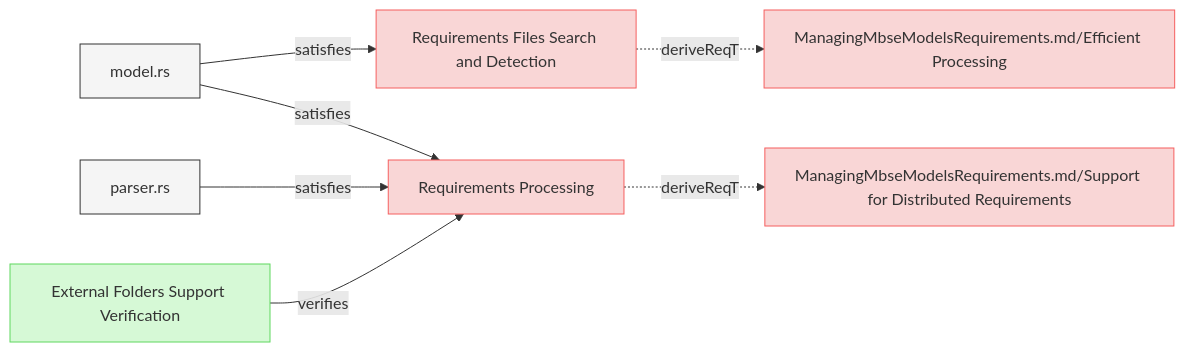
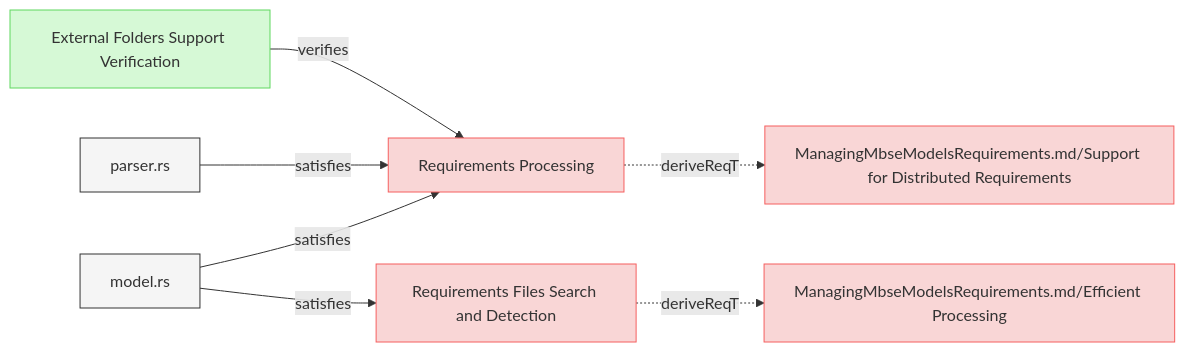
Before and after one commit to reqvire-org/reqvire: the fourth of 8 diagrams in specifications/SystemRequirements/Requirements.md, drawn with Mermaid. The commit also changed other lines of this file and 8 other files, not shown here.

Commit message:
DIagrams Update.

````diff
--- a/specifications/SystemRequirements/Requirements.md
+++ b/specifications/SystemRequirements/Requirements.md
@@ -499,36 +499,36 @@
 ```mermaid
 graph LR;
   %% Graph styling
   classDef requirement fill:#f9d6d6,stroke:#f55f5f,stroke-width:1px;
   classDef verification fill:#d6f9d6,stroke:#5fd75f,stroke-width:1px;
   classDef externalLink fill:#d0e0ff,stroke:#3080ff,stroke-width:1px;
   classDef default fill:#f5f5f5,stroke:#333333,stroke-width:1px;
 
-  2737f2d770["Requirements Files Search and Detection"];
-  click 2737f2d770 "Requirements.md#requirements-files-search-and-detection";
-  class 2737f2d770 requirement;
-  21e4eb87cb["ManagingMbseModelsRequirements.md/Efficient Processing"];
-  class 21e4eb87cb requirement;
-  click 21e4eb87cb "../ManagingMbseModelsRequirements.md#efficient-processing";
-  2737f2d770 -.->|deriveReqT| 21e4eb87cb;
-  6136c216c9["model.rs"];
-  class 6136c216c9 default;
-  click 6136c216c9 "../../core/src/model.rs";
-  6136c216c9 -->|satisfies| 2737f2d770;
   99bed90a0d["Requirements Processing"];
   click 99bed90a0d "Requirements.md#requirements-processing";
   class 99bed90a0d requirement;
   e7286123b1["ManagingMbseModelsRequirements.md/Support for Distributed Requirements"];
   class e7286123b1 requirement;
   click e7286123b1 "../ManagingMbseModelsRequirements.md#support-for-distributed-requirements";
   99bed90a0d -.->|deriveReqT| e7286123b1;
+  6136c216c9["model.rs"];
+  class 6136c216c9 default;
+  click 6136c216c9 "../../core/src/model.rs";
   6136c216c9 -->|satisfies| 99bed90a0d;
   3b1e87396c["parser.rs"];
   class 3b1e87396c default;
   click 3b1e87396c "../../core/src/parser.rs";
   3b1e87396c -->|satisfies| 99bed90a0d;
   97e9fdec98["External Folders Support Verification"];
   class 97e9fdec98 verification;
   click 97e9fdec98 "../Verifications/LintingTests.md#external-folders-support-verification";
   97e9fdec98 -->|verifies| 99bed90a0d;
+  2737f2d770["Requirements Files Search and Detection"];
+  click 2737f2d770 "Requirements.md#requirements-files-search-and-detection";
+  class 2737f2d770 requirement;
+  21e4eb87cb["ManagingMbseModelsRequirements.md/Efficient Processing"];
+  class 21e4eb87cb requirement;
+  click 21e4eb87cb "../ManagingMbseModelsRequirements.md#efficient-processing";
+  2737f2d770 -.->|deriveReqT| 21e4eb87cb;
+  6136c216c9 -->|satisfies| 2737f2d770;
 ```
````
